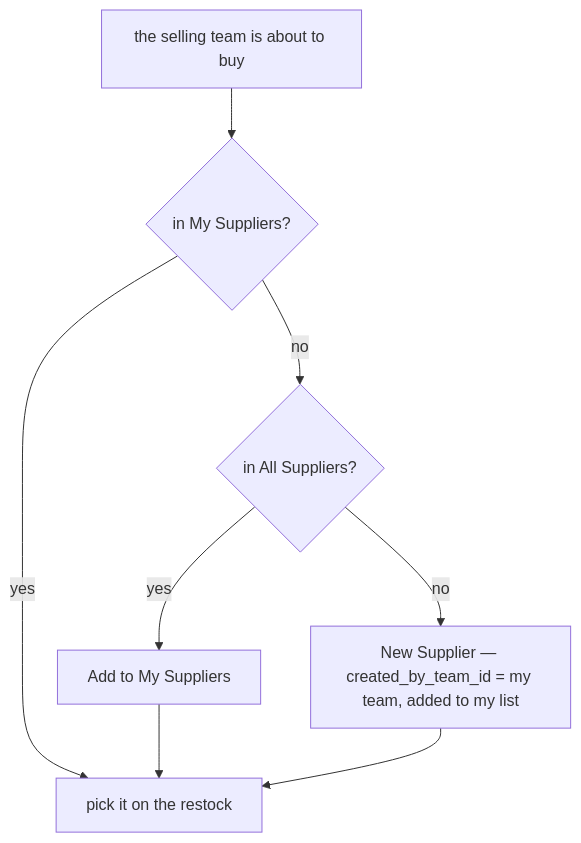
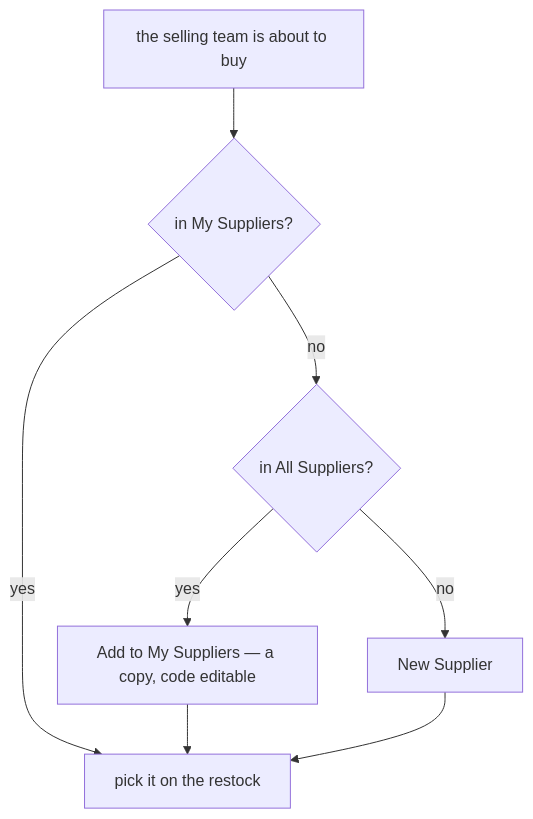
The first of 5 diagrams in docs/business/supplier/context_clarify.md (pdcgo/warehouse_revamp), drawn with Mermaid before and after one commit. The commit also changed other lines of this file and 3 other files, not shown here.

First line of the commit message:
supplier: the table edit - team_id makes a supplier one team's, Q1 re-asked as copy or reference

````diff
--- a/docs/business/supplier/context_clarify.md
+++ b/docs/business/supplier/context_clarify.md
@@ -68,8 +55,8 @@
 ```mermaid
 flowchart TD
   need["the selling team is about to buy"] --> mine{"in My Suppliers?"}
   mine -->|"yes"| pick["pick it on the restock"]
   mine -->|"no"| all{"in All Suppliers?"}
-  all -->|"yes"| add["Add to My Suppliers"] --> pick
-  all -->|"no"| create["New Supplier — created_by_team_id = my team, added to my list"] --> pick
+  all -->|"yes"| copy["Add to My Suppliers — a copy, code editable"] --> pick
+  all -->|"no"| create["New Supplier"] --> pick
 ```
````
